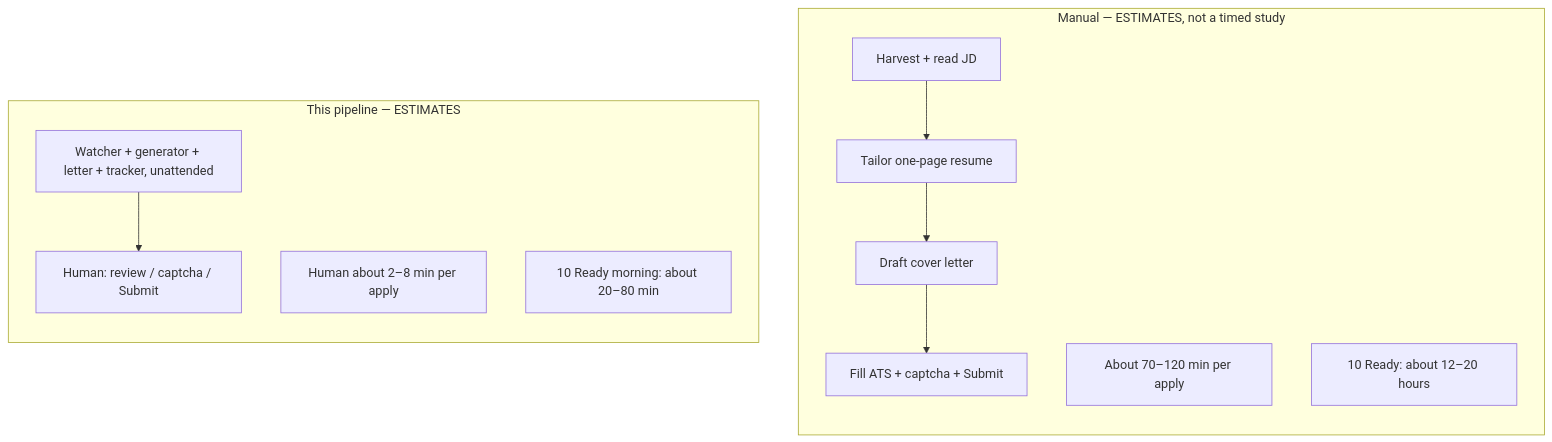
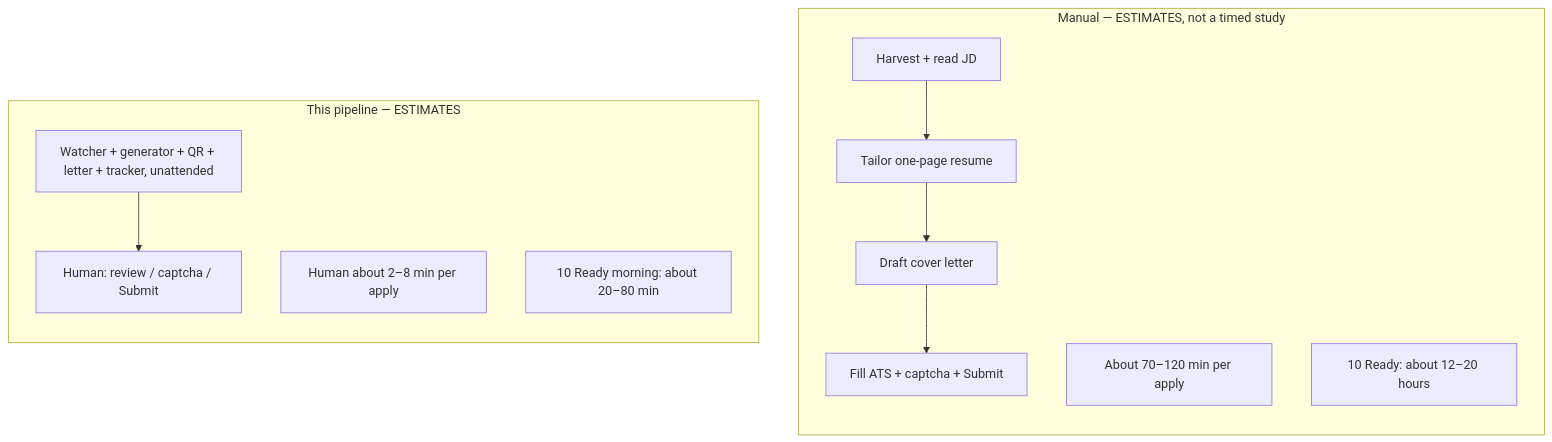
The third of 3 diagrams in README.md (peytdere/agentic-job-search), drawn with Mermaid before and after one commit. The commit also changed other lines of this file, not shown here.

Commit message:
Align architecture to Consigliere and Waiting for Review harvest

````diff
--- a/README.md
+++ b/README.md
@@ -279,22 +277,22 @@
 ```mermaid
 flowchart TB
   subgraph manualEst [Manual — ESTIMATES, not a timed study]
     direction TB
     mFind[Harvest + read JD]
     mResume[Tailor one-page resume]
     mLetter[Draft cover letter]
     mAts[Fill ATS + captcha + Submit]
     mFind --> mResume --> mLetter --> mAts
     mTotal[About 70–120 min per apply]
     mTen[10 Ready: about 12–20 hours]
   end
 
   subgraph pipeEst [This pipeline — ESTIMATES]
     direction TB
-    pAgents[Watcher + generator + letter + tracker, unattended]
+    pAgents[Watcher + generator + QR + letter + tracker, unattended]
     pHuman[Human: review / captcha / Submit]
     pAgents --> pHuman
     pTotal[Human about 2–8 min per apply]
     pTen[10 Ready morning: about 20–80 min]
   end
 ```
````
